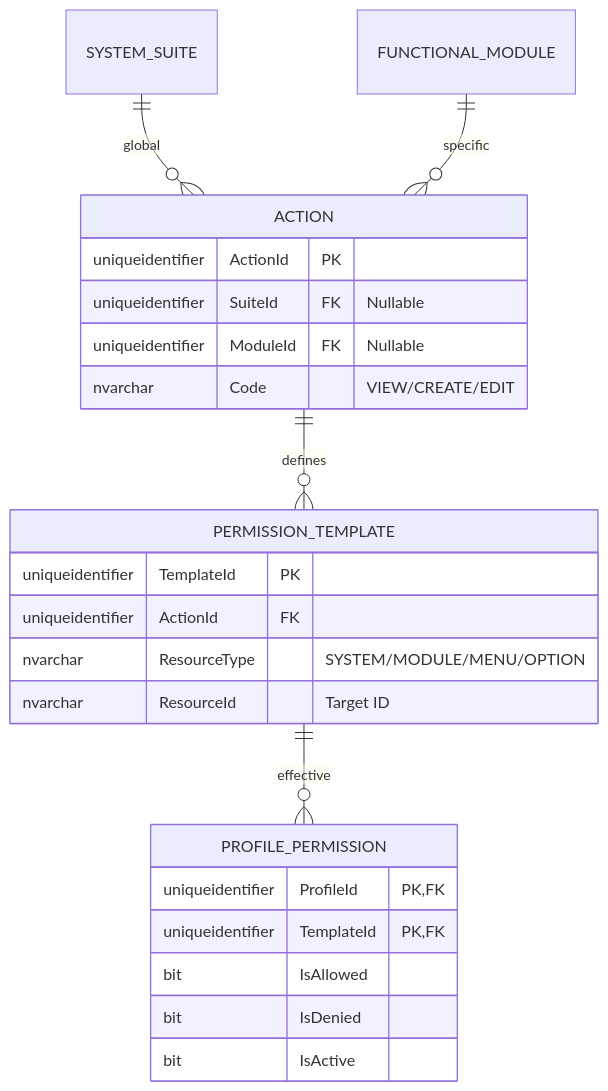
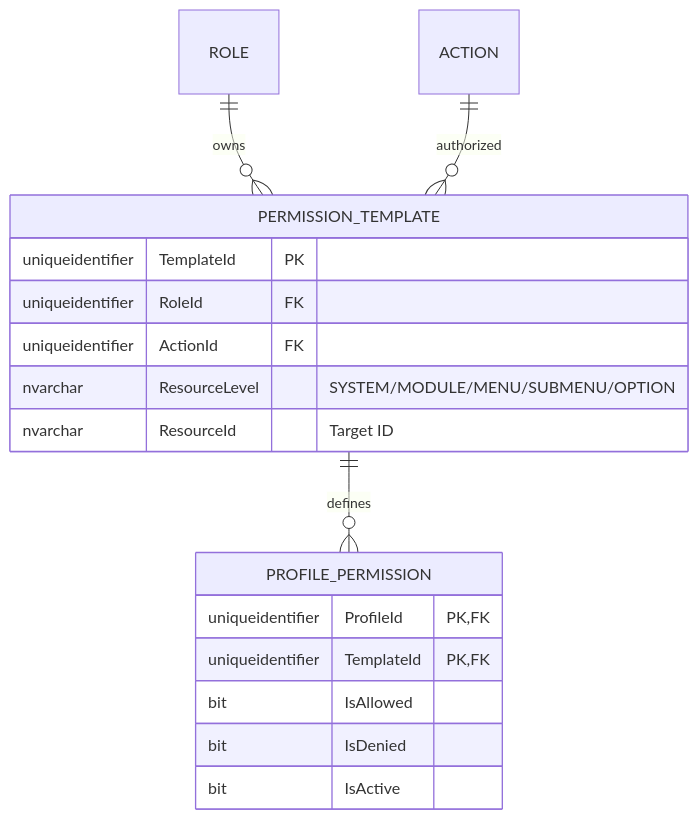
One commit to beyondnetcode/ums changed the second of 3 diagrams in architecture/blueprints/database-design-er.md. Above: the diagram before and after it, drawn with Mermaid. The commit also changed other lines of this file and 4 other files, not shown here.

Commit message:
feat(auth): implement Role-Scoped Template Governance and deep functional hierarchy (EN/ES)

````diff
--- a/architecture/blueprints/database-design-er.md
+++ b/architecture/blueprints/database-design-er.md
@@ -49,30 +49,22 @@
 ```mermaid
 erDiagram
-    SYSTEM_SUITE ||--o{ ACTION : "global"
-    FUNCTIONAL_MODULE ||--o{ ACTION : "specific"
-    
-    ACTION ||--o{ PERMISSION_TEMPLATE : "defines"
-    PERMISSION_TEMPLATE ||--o{ PROFILE_PERMISSION : "effective"
-    
-    ACTION {
-        uniqueidentifier ActionId PK
-        uniqueidentifier SuiteId FK "Nullable"
-        uniqueidentifier ModuleId FK "Nullable"
-        nvarchar Code "VIEW/CREATE/EDIT"
-    }
+    ROLE ||--o{ PERMISSION_TEMPLATE : "owns"
+    PERMISSION_TEMPLATE ||--o{ PROFILE_PERMISSION : "defines"
+    ACTION ||--o{ PERMISSION_TEMPLATE : "authorized"
     
     PERMISSION_TEMPLATE {
         uniqueidentifier TemplateId PK
+        uniqueidentifier RoleId FK
         uniqueidentifier ActionId FK
-        nvarchar ResourceType "SYSTEM/MODULE/MENU/OPTION"
+        nvarchar ResourceLevel "SYSTEM/MODULE/MENU/SUBMENU/OPTION"
         nvarchar ResourceId "Target ID"
     }
     
     PROFILE_PERMISSION {
         uniqueidentifier ProfileId PK, FK
         uniqueidentifier TemplateId PK, FK
         bit IsAllowed
         bit IsDenied
         bit IsActive
     }
 ```
````
